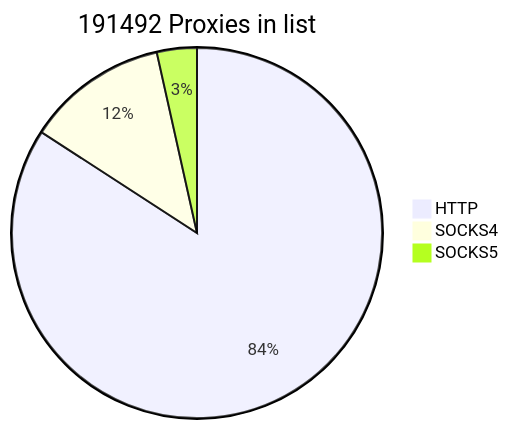
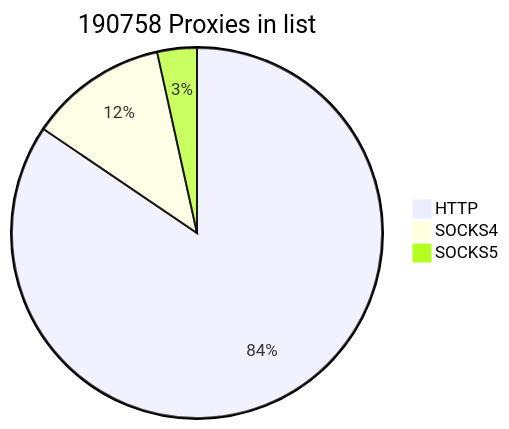
The first of 2 diagrams in README.md (cutipu/proxylist), drawn with Mermaid before and after one commit. The commit also changed other lines of this file, not shown here.

````diff
--- a/README.md
+++ b/README.md
@@ -2,7 +2,7 @@
 ```mermaid
-pie title 191492 Proxies in list
-    "HTTP" : 161147
-    "SOCKS4" : 23663
-    "SOCKS5" : 6682
+pie title 190758 Proxies in list
+    "HTTP" : 161145
+    "SOCKS4" : 23023
+    "SOCKS5" : 6590
             
 ```
````
